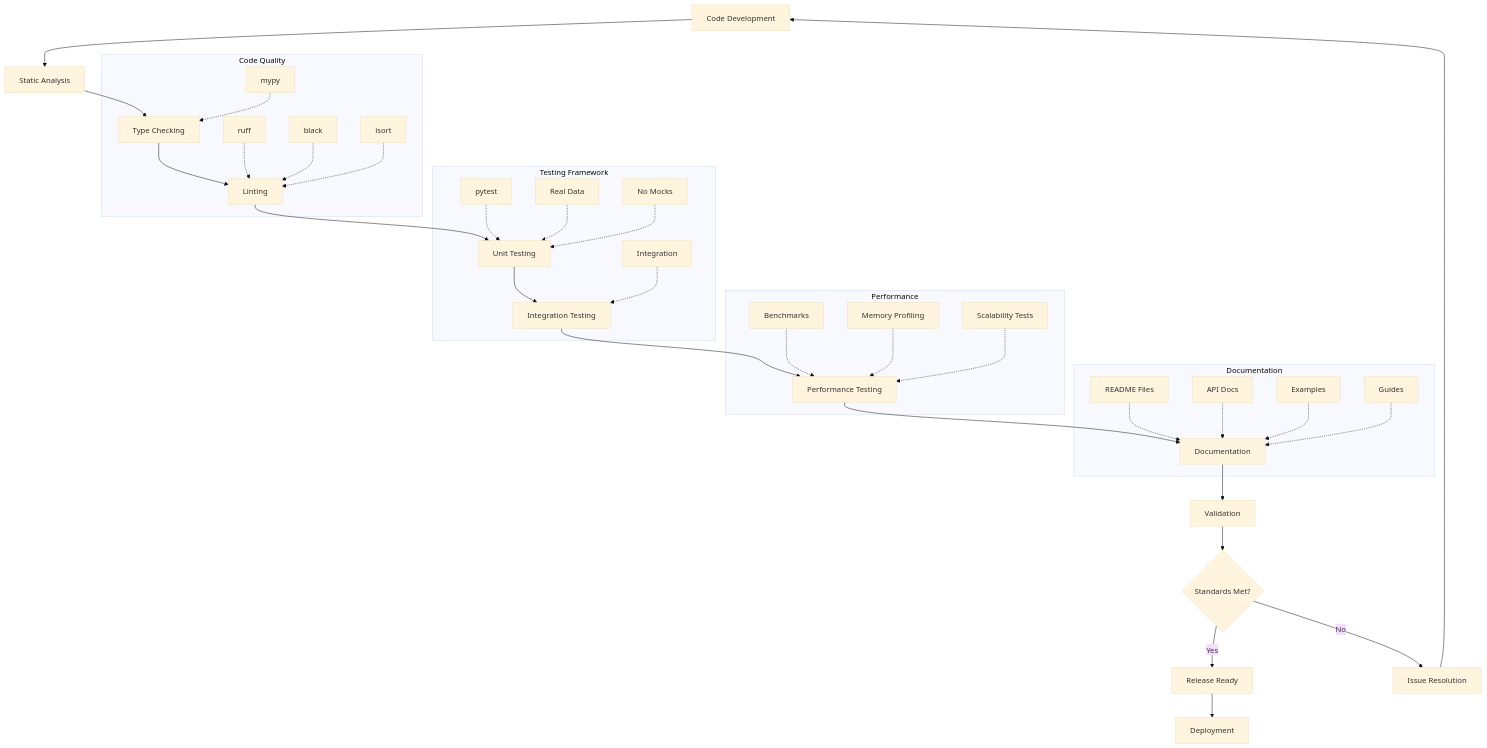
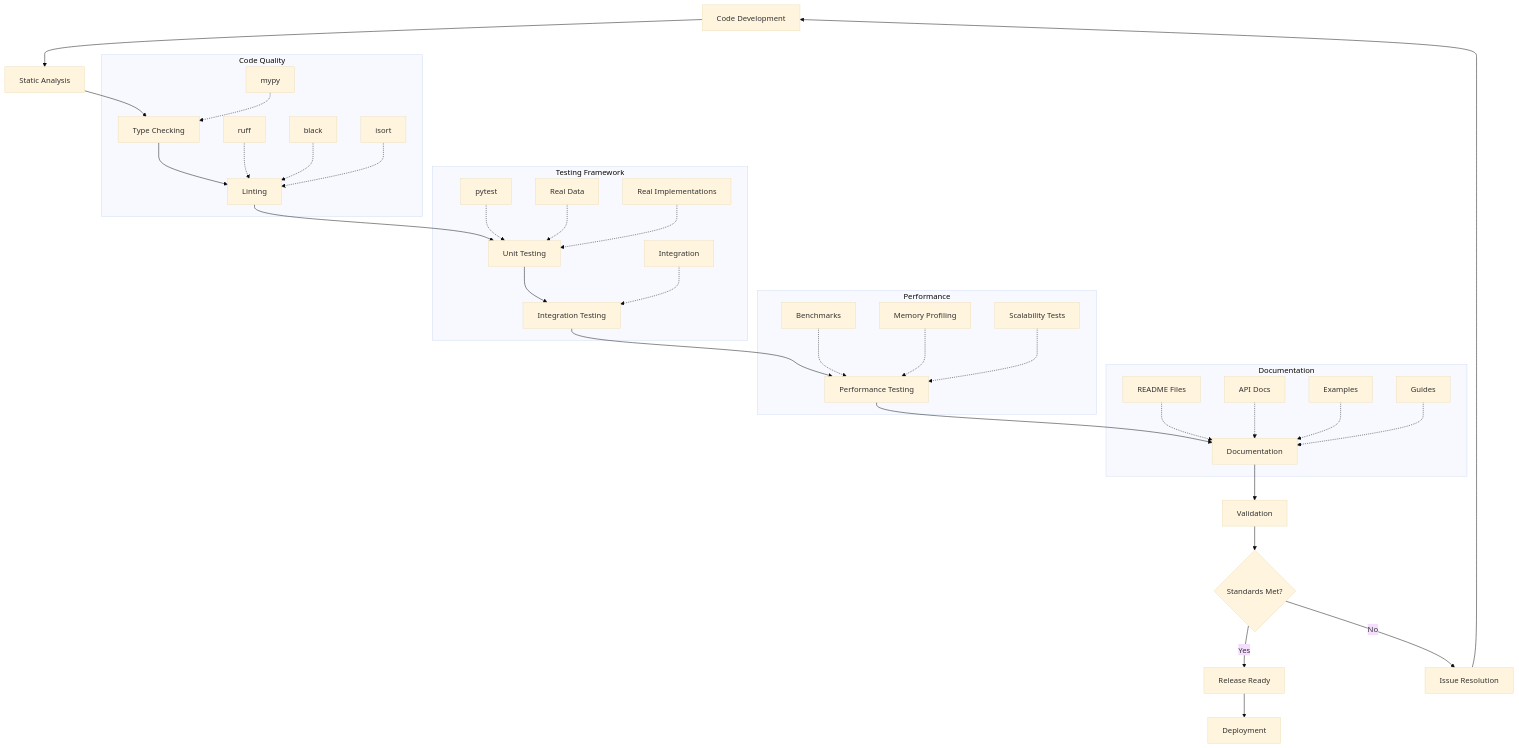
The fourth of 5 diagrams in docs/architecture.md (docxology/MetaInformAnt), drawn with Mermaid (base theme) before and after one commit. The commit also changed 940 other files, not shown here.

````diff
--- a/docs/architecture.md
+++ b/docs/architecture.md
@@ -259,49 +259,49 @@
 ```mermaid
 graph TD
     A["Code Development"] --> B["Static Analysis"]
     B --> C["Type Checking"]
     C --> D["Linting"]
 
     D --> E["Unit Testing"]
     E --> F["Integration Testing"]
     F --> G["Performance Testing"]
 
     G --> H["Documentation"]
     H --> I["Validation"]
 
     I --> J{Standards Met?}
     J -->|Yes| K["Release Ready"]
     J -->|No| L["Issue Resolution"]
 
     L --> A
 
     K --> M["Deployment"]
 
 
     subgraph "Code Quality"
         N["mypy"] -.-> C
         O["ruff"] -.-> D
         P["black"] -.-> D
         Q["isort"] -.-> D
     end
 
     subgraph "Testing Framework"
         R["pytest"] -.-> E
         S["Real Data"] -.-> E
-        T["No Mocks"] -.-> E
+        T["Real Implementations"] -.-> E
         U["Integration"] -.-> F
     end
 
     subgraph "Performance"
         V["Benchmarks"] -.-> G
         W["Memory Profiling"] -.-> G
         X["Scalability Tests"] -.-> G
     end
 
     subgraph "Documentation"
         Y["README Files"] -.-> H
         Z["API Docs"] -.-> H
         AA["Examples"] -.-> H
         BB["Guides"] -.-> H
     end
 ```
````
